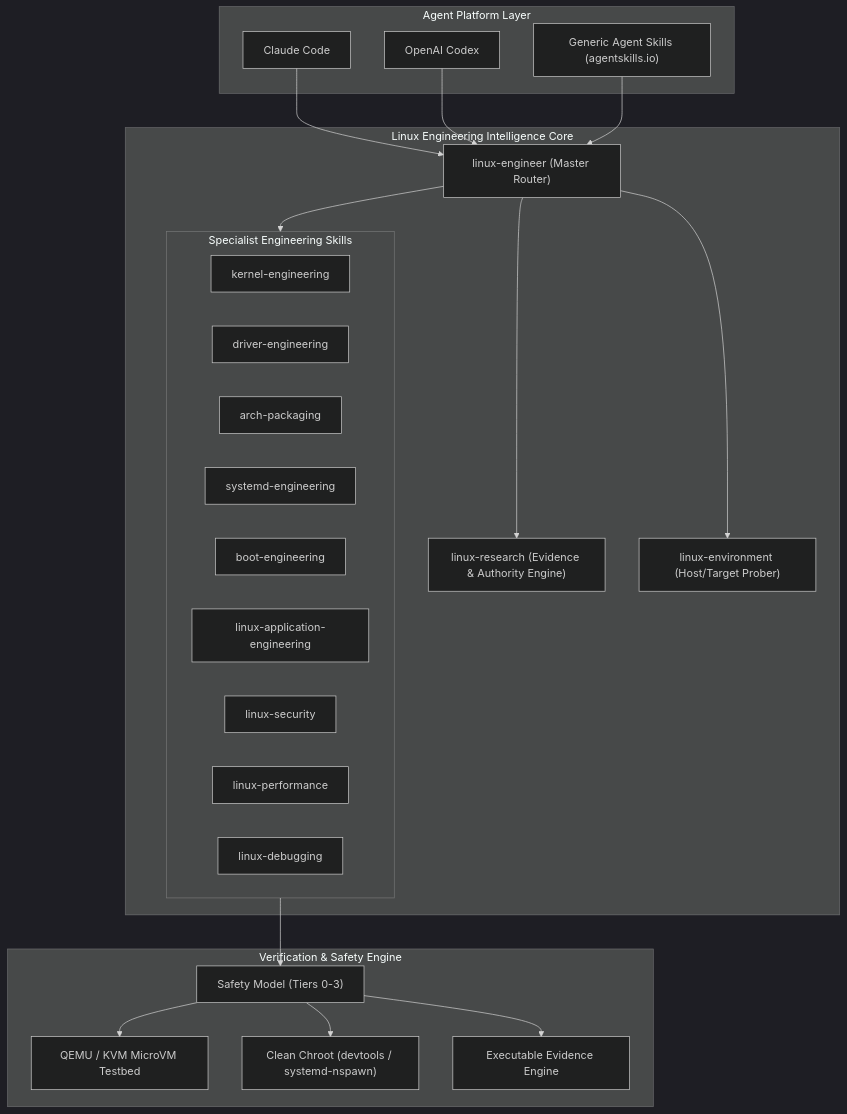
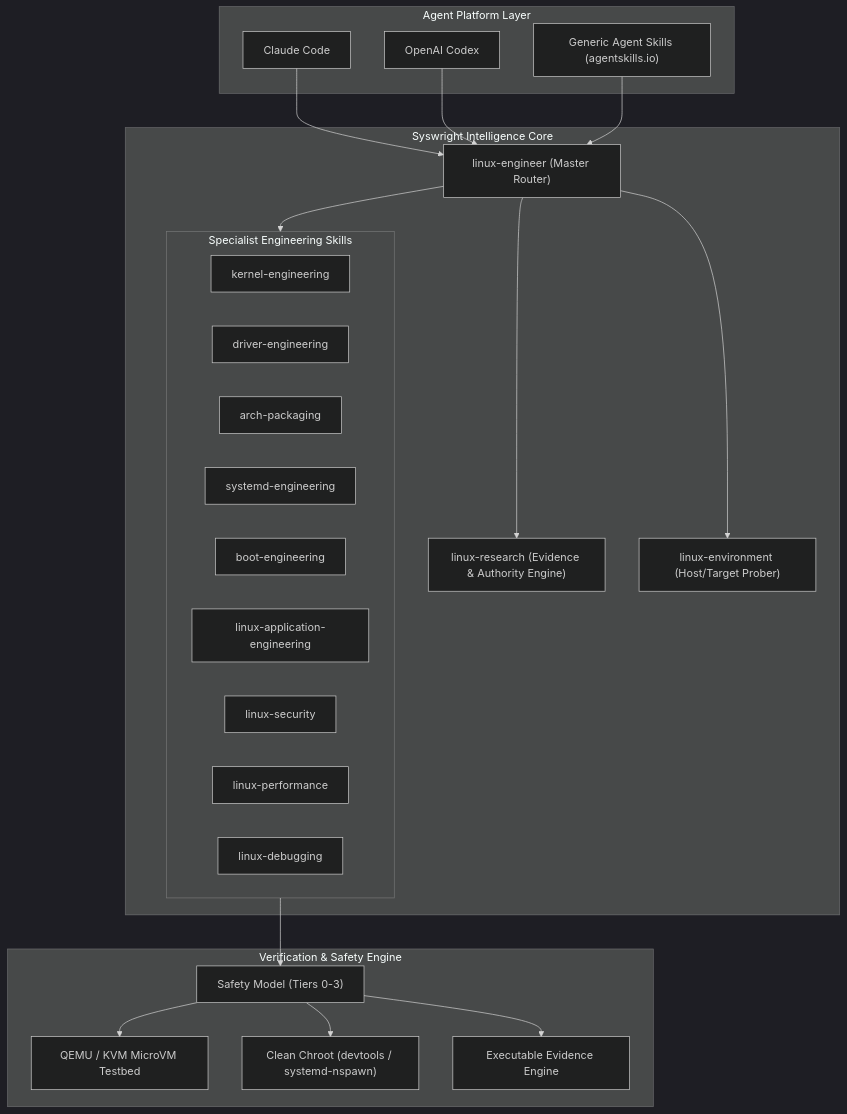
Before and after one commit to eshanized/SysWright: the diagram in docs/phase-0/00-executive-summary.md, drawn with Mermaid (dark theme). The commit also changed other lines of this file and 88 other files, not shown here.

First line of the commit message:
refactor: project branding from "Linux Engineering" to "Syswright"

````diff
--- a/docs/phase-0/00-executive-summary.md
+++ b/docs/phase-0/00-executive-summary.md
@@ -18,44 +18,44 @@
 ```mermaid
 flowchart TD
     subgraph Agent_Platform["Agent Platform Layer"]
         CC["Claude Code"]
         CX["OpenAI Codex"]
         OA["Generic Agent Skills (agentskills.io)"]
     end
 
-    subgraph Linux_Engineering_Core["Linux Engineering Intelligence Core"]
+    subgraph Linux_Engineering_Core["Syswright Intelligence Core"]
         ORCH["linux-engineer (Master Router)"]
         RES["linux-research (Evidence & Authority Engine)"]
         ENV["linux-environment (Host/Target Prober)"]
         
         subgraph Domain_Specialists["Specialist Engineering Skills"]
             KERN["kernel-engineering"]
             DRV["driver-engineering"]
             PKG["arch-packaging"]
             SYS["systemd-engineering"]
             BOOT["boot-engineering"]
             APP["linux-application-engineering"]
             SEC["linux-security"]
             PERF["linux-performance"]
             DBG["linux-debugging"]
         end
     end
 
     subgraph Verification_Runtime["Verification & Safety Engine"]
         SAFE["Safety Model (Tiers 0-3)"]
         QEMU["QEMU / KVM MicroVM Testbed"]
         CHROOT["Clean Chroot (devtools / systemd-nspawn)"]
         VERIFY["Executable Evidence Engine"]
     end
 
     CC --> ORCH
     CX --> ORCH
     OA --> ORCH
     ORCH --> RES
     ORCH --> ENV
     ORCH --> Domain_Specialists
     Domain_Specialists --> SAFE
     SAFE --> CHROOT
     SAFE --> QEMU
     SAFE --> VERIFY
 ```
````
